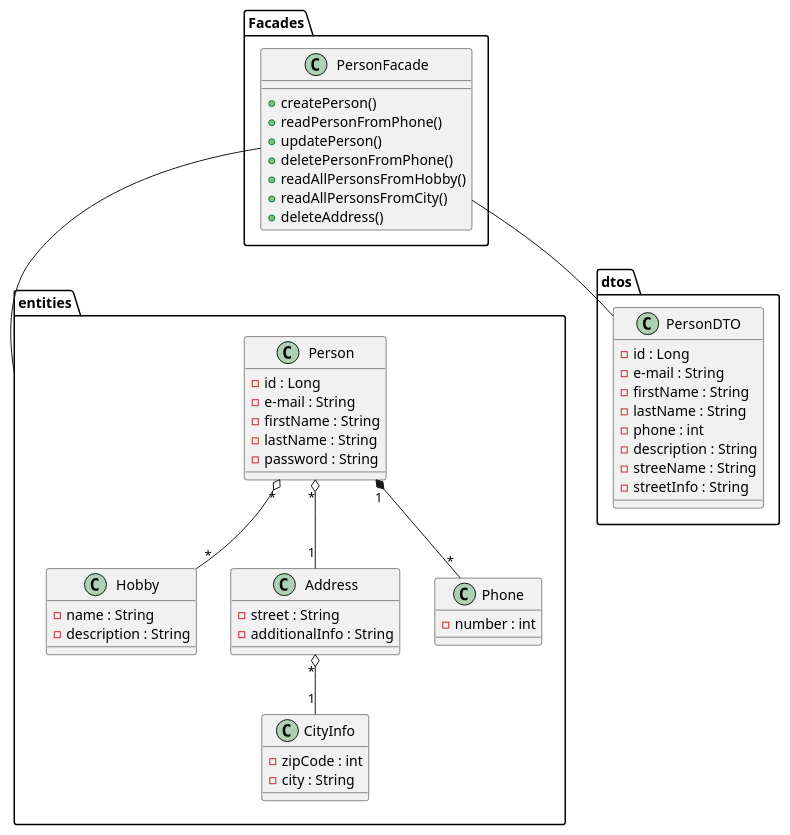
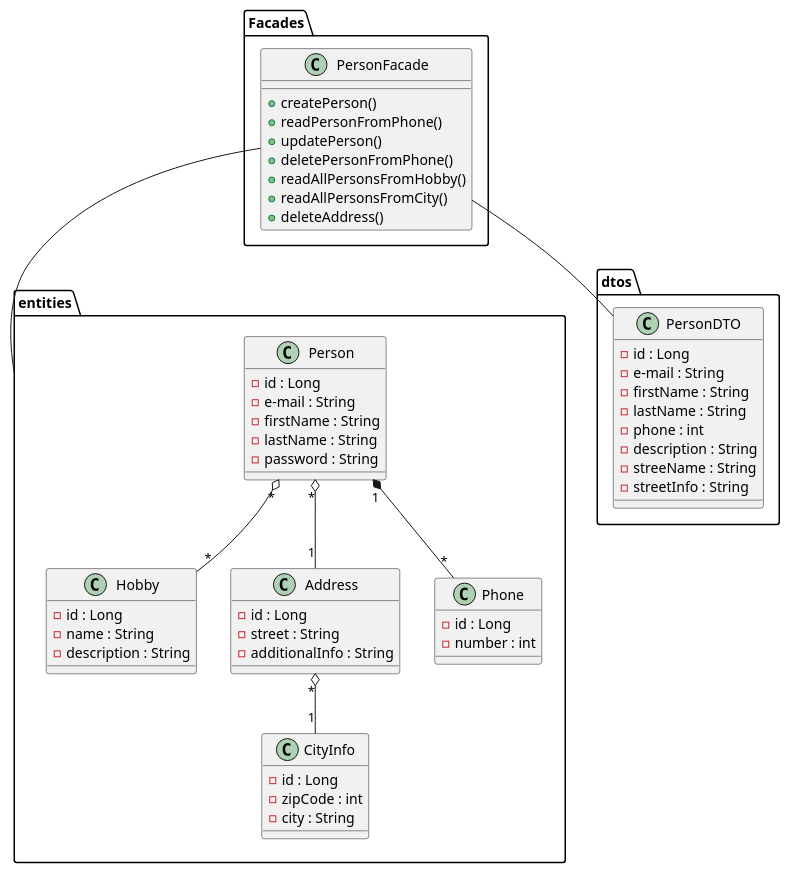
Before and after one commit to DeRp-DaWg/CA-1: the diagram in doc/Class Diagram.puml, drawn with PlantUML.

Commit message:
Added "id" to remaining entity classes in documentation.

```diff
--- a/doc/Class Diagram.puml
+++ b/doc/Class Diagram.puml
@@ -1,66 +1,70 @@
 @startuml
 'https://plantuml.com/class-diagram
 
 package entities {
     class Person {
     - id : Long
     - e-mail : String
     - firstName : String
     - lastName : String
     - password : String
     }
 
     class Hobby {
+    - id : Long
     - name : String
     - description : String
     }
 
     class Address {
+    - id : Long
     - street : String
     - additionalInfo : String
     }
 
     class Phone {
+    - id : Long
     - number : int
     }
 
     class CityInfo {
+    - id : Long
     - zipCode : int
     - city : String
     }
 }
 
 package dtos {
     class PersonDTO {
     - id : Long
     - e-mail : String
     - firstName : String
     - lastName : String
     - phone : int
     - description : String
     - streeName : String
     - streetInfo : String
     }
 }
 
 package Facades {
     class PersonFacade {
     + createPerson()
     + readPersonFromPhone()
     + updatePerson()
     + deletePersonFromPhone()
     + readAllPersonsFromHobby()
     + readAllPersonsFromCity()
     + deleteAddress()
     }
 }
 
 Person "*" o-- "*" Hobby
 Person "*" o-- "1" Address
 Person "1" *-- "*" Phone
 Address "*" o-- "1" CityInfo
 
 PersonFacade -- entities
 PersonFacade -- PersonDTO
 
 @enduml
```
